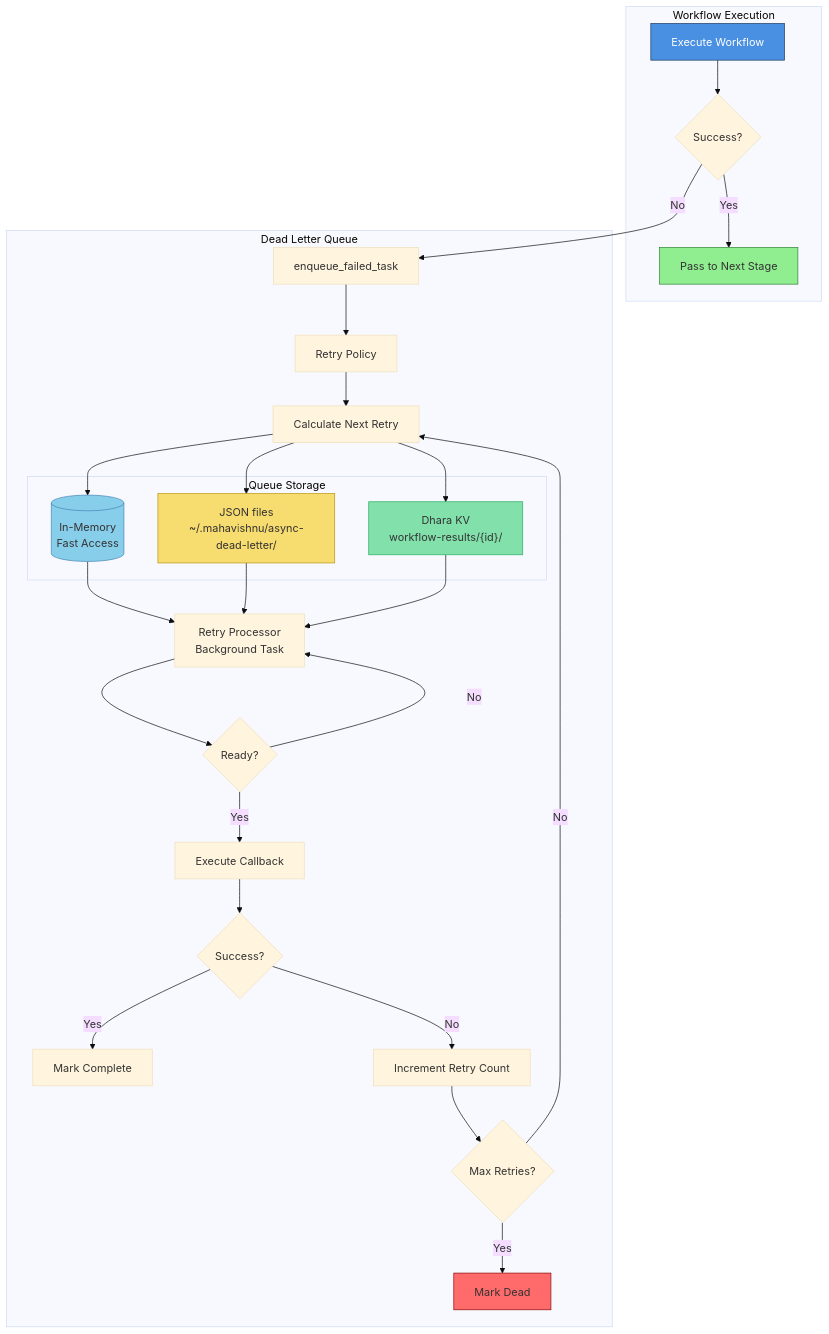
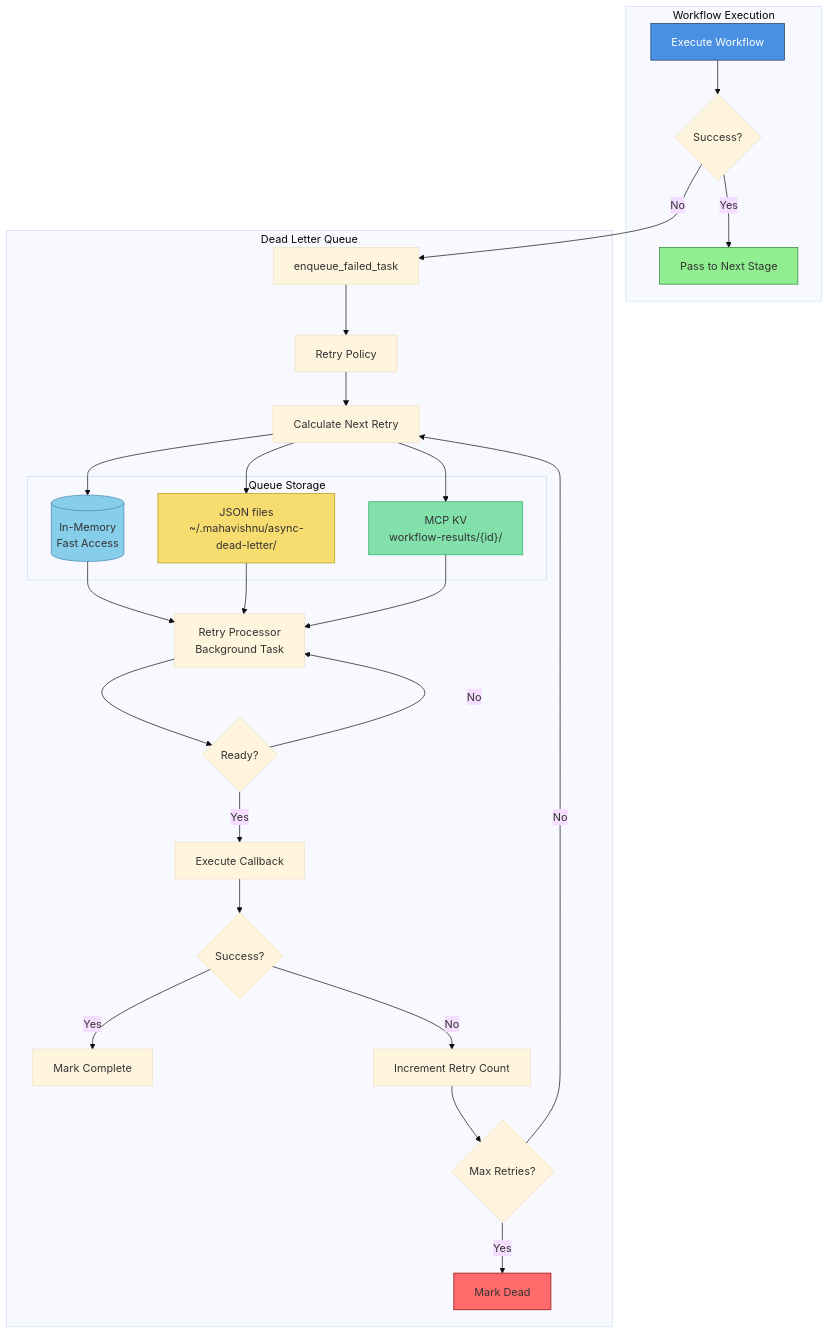
One commit to lesleslie/mahavishnu changed the tenth of 11 diagrams in docs/VISUAL_GUIDE.md. Above: the diagram before and after it, drawn with Mermaid (base theme). The commit also changed other lines of this file and 181 other files, not shown here.

````diff
--- a/docs/VISUAL_GUIDE.md
+++ b/docs/VISUAL_GUIDE.md
@@ -557,62 +557,62 @@
 ```mermaid
 graph TB
     subgraph "Workflow Execution"
         WF[Execute Workflow]
         Success{Success?}
         Pass[Pass to Next Stage]
     end
 
     subgraph "Dead Letter Queue"
         Enqueue[enqueue_failed_task]
         Policy[Retry Policy]
         Schedule[Calculate Next Retry]
 
         subgraph "Queue Storage"
             Memory[("In-Memory<br/>Fast Access")]
             JSONDeadLetter["JSON files<br/>~/.mahavishnu/async-dead-letter/"]
-            Dhara["Dhara KV<br/>workflow-results/{id}/"]
+            McpKv["MCP KV<br/>workflow-results/{id}/"]
         end
 
         Processor[Retry Processor<br/>Background Task]
         Check{Ready?}
         Callback[Execute Callback]
         RetrySuccess{Success?}
         Complete[Mark Complete]
         Increment[Increment Retry Count]
         MaxRetries{Max Retries?}
         Dead[Mark Dead]
     end
 
     WF --> Success
     Success -->|Yes| Pass
     Success -->|No| Enqueue
 
     Enqueue --> Policy
     Policy --> Schedule
     Schedule --> Memory
     Schedule --> JSONDeadLetter
-    Schedule --> Dhara
+    Schedule --> McpKv
 
     Memory --> Processor
     JSONDeadLetter --> Processor
-    Dhara --> Processor
+    McpKv --> Processor
 
     Processor --> Check
     Check -->|Yes| Callback
     Check -->|No| Processor
 
     Callback --> RetrySuccess
     RetrySuccess -->|Yes| Complete
     RetrySuccess -->|No| Increment
 
     Increment --> MaxRetries
     MaxRetries -->|No| Schedule
     MaxRetries -->|Yes| Dead
 
     style WF fill:#4A90E2,stroke:#1E3A5F,color:#fff
     style Pass fill:#90EE90,stroke:#2E7D32
     style Dead fill:#FF6B6B,stroke:#8B0000
     style Memory fill:#87CEEB,stroke:#4682B4
     style JSONDeadLetter fill:#F7DC6F,stroke:#B7950B
-    style Dhara fill:#82E0AA,stroke:#27AE60
+    style McpKv fill:#82E0AA,stroke:#27AE60
 ```
````
